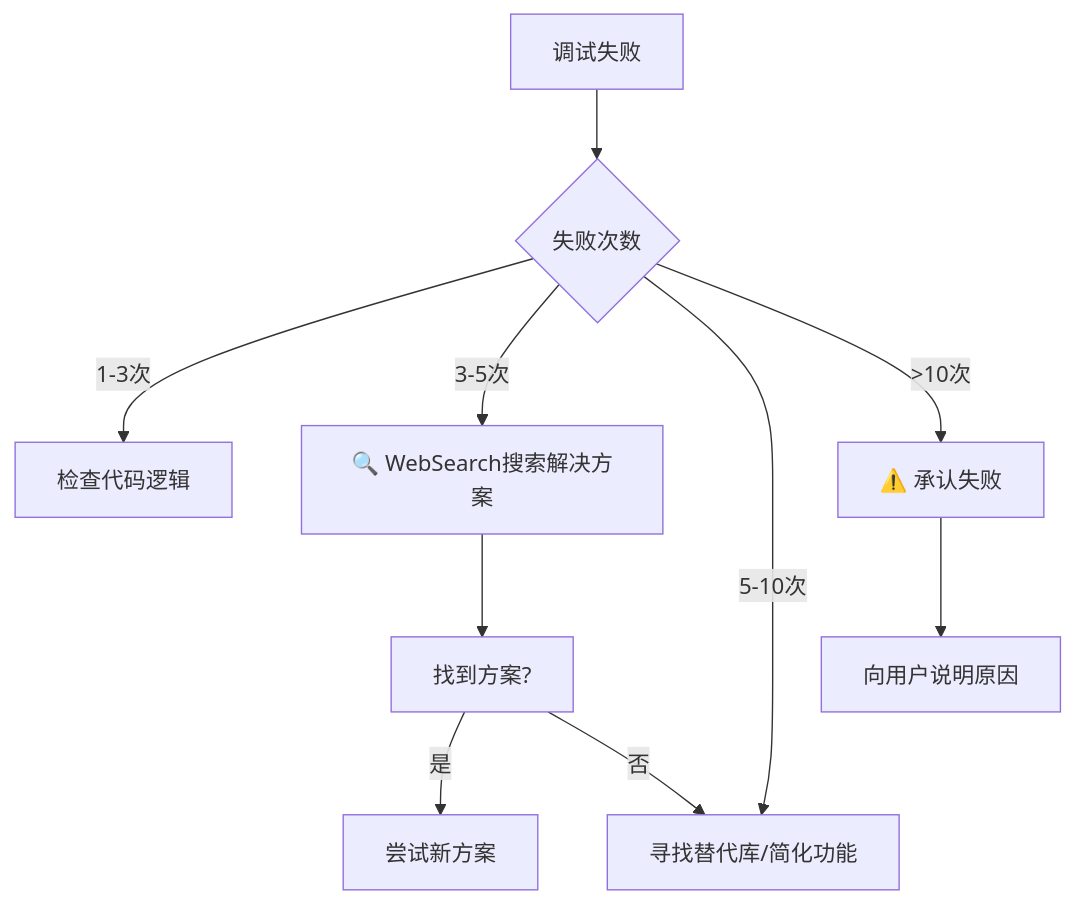
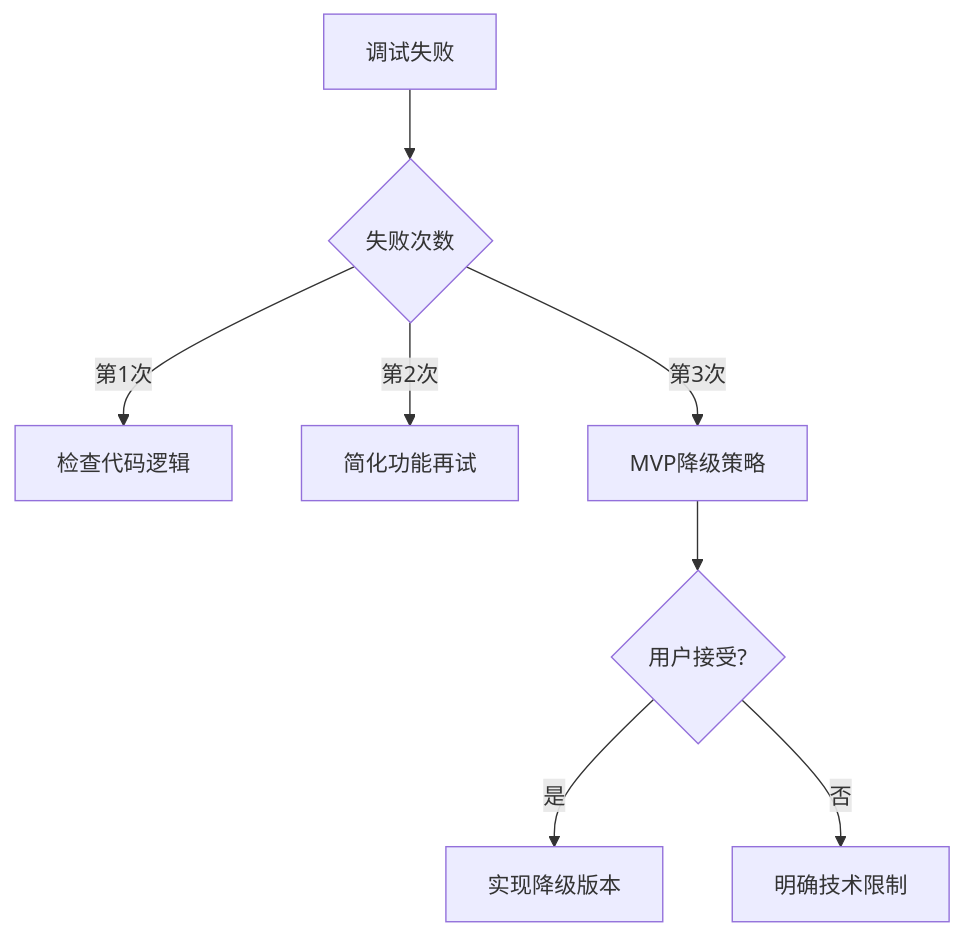
The sixth of 7 diagrams in packages/resource/resources/role/luban/execution/tool-development-workflow.execution.md (Deepractice/PromptX), drawn with Mermaid before and after one commit. The commit also changed other lines of this file and 2 other files, not shown here.

````diff
--- a/packages/resource/resources/role/luban/execution/tool-development-workflow.execution.md
+++ b/packages/resource/resources/role/luban/execution/tool-development-workflow.execution.md
@@ -524,12 +485,10 @@
 ```mermaid
 flowchart TD
     A[调试失败] --> B{失败次数}
-    B -->|1-3次| C[检查代码逻辑]
-    B -->|3-5次| D[🔍 WebSearch搜索解决方案]
-    B -->|5-10次| E[寻找替代库/简化功能]
-    B -->|>10次| F[⚠️ 承认失败]
-    D --> G[找到方案?]
-    G -->|是| H[尝试新方案]
-    G -->|否| E
-    F --> I[向用户说明原因]
+    B -->|第1次| C[检查代码逻辑]
+    B -->|第2次| D[简化功能再试]
+    B -->|第3次| E[MVP降级策略]
+    E --> F{用户接受?}
+    F -->|是| G[实现降级版本]
+    F -->|否| H[明确技术限制]
 ```
````
